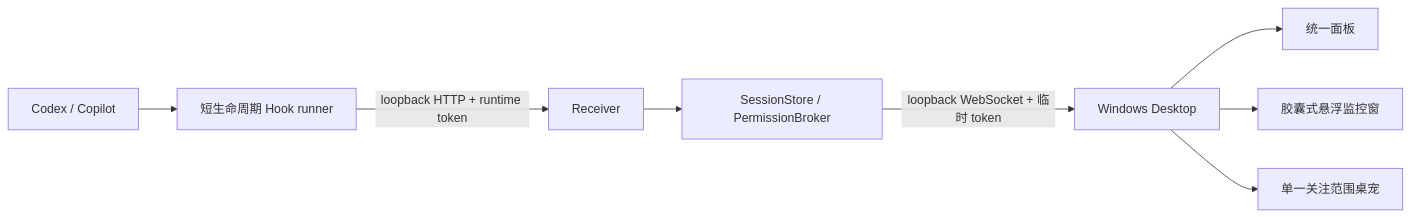
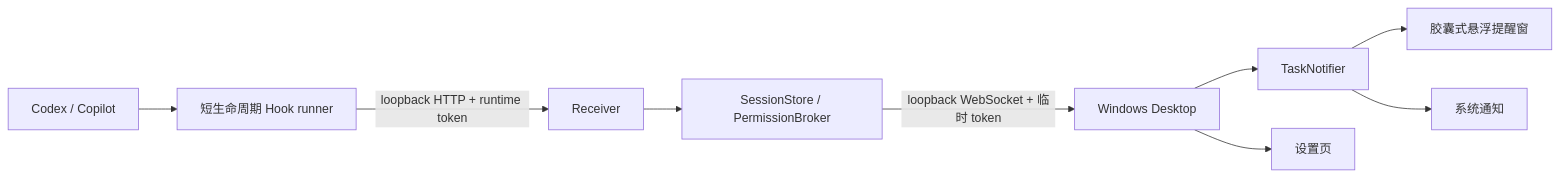
One commit to ericy9/vibemate changed the diagram in docs/current-architecture.md. Above: the diagram before and after it, drawn with Mermaid. The commit also changed other lines of this file and 2 other files, not shown here.

First line of the commit message:
docs: refocus VibeMate as a multi-device task reminder

````diff
--- a/docs/current-architecture.md
+++ b/docs/current-architecture.md
@@ -27,10 +27,11 @@
 ```mermaid
 flowchart LR
   Agent[Codex / Copilot] --> Hook[短生命周期 Hook runner]
   Hook -->|loopback HTTP + runtime token| Receiver
   Receiver --> Store[SessionStore / PermissionBroker]
   Store -->|loopback WebSocket + 临时 token| Desktop[Windows Desktop]
-  Desktop --> Panel[统一面板]
-  Desktop --> Preview[胶囊式悬浮监控窗]
-  Desktop --> Pet[单一关注范围桌宠]
+  Desktop --> Notifier[TaskNotifier]
+  Notifier --> Preview[胶囊式悬浮提醒窗]
+  Notifier --> Toast[系统通知]
+  Desktop --> Settings[设置页]
 ```
````
